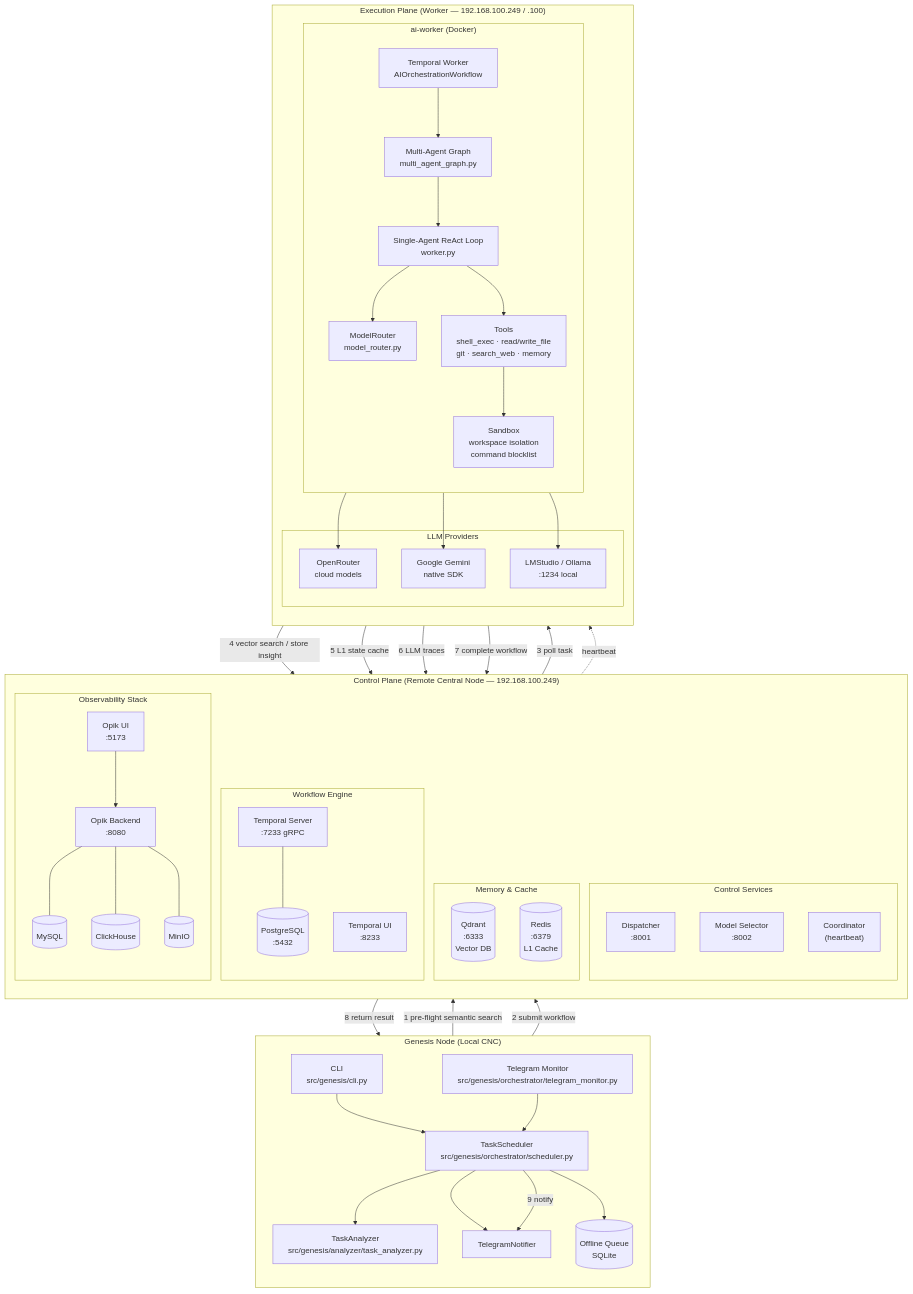
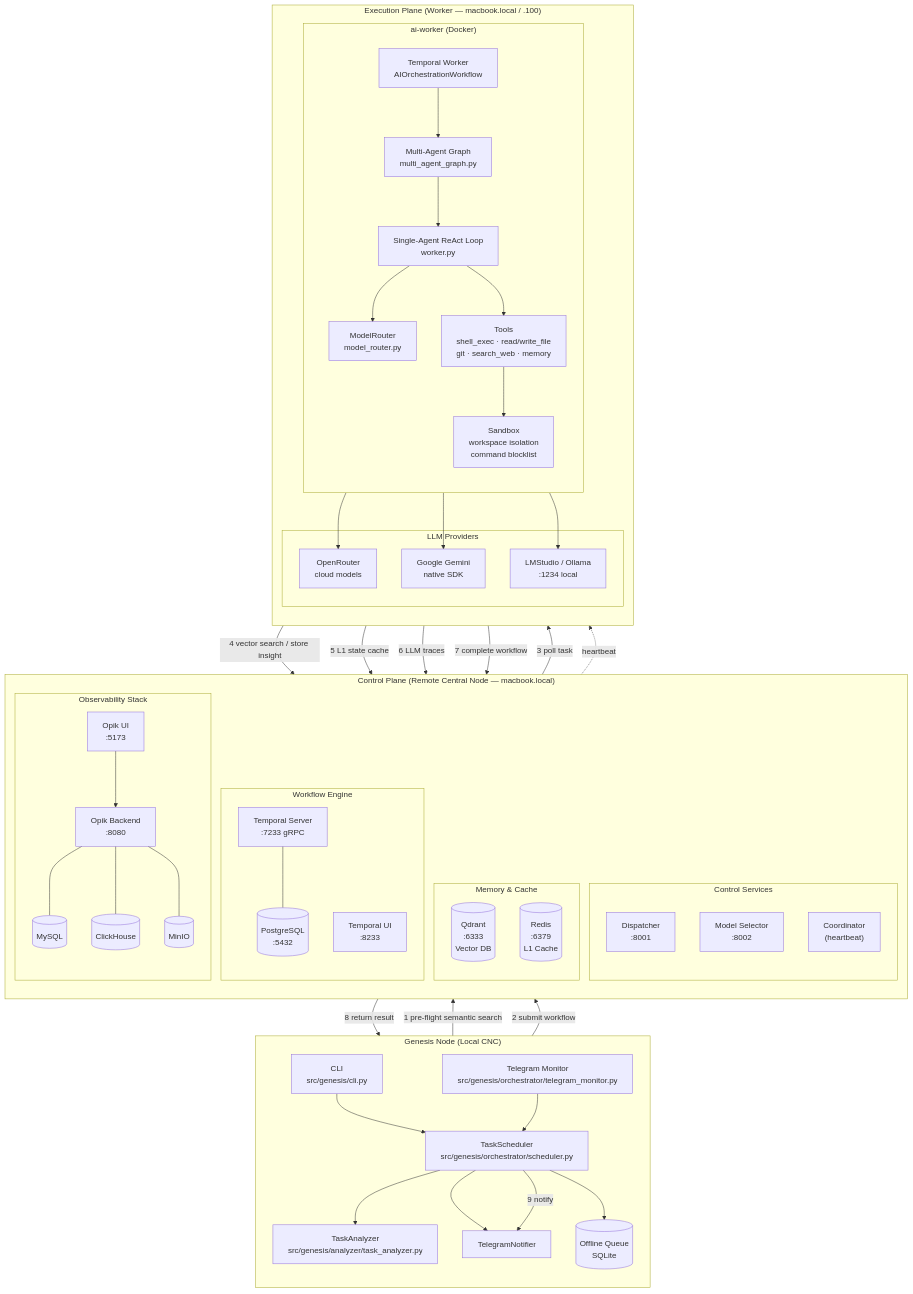
Before and after one commit to rinehardramos/ai-orchestrator-project: the first of 5 diagrams in ARCHITECTURE.md, drawn with Mermaid. The commit also changed 12 other files, not shown here.

First line of the commit message:
refactor: replace hardcoded IPs with macbook.local hostname

```diff
--- a/ARCHITECTURE.md
+++ b/ARCHITECTURE.md
@@ -28,9 +28,9 @@
     end
 
     %% ═══════════════════════════════════════════
-    %% CONTROL PLANE (192.168.100.249)
+    %% CONTROL PLANE (macbook.local)
     %% ═══════════════════════════════════════════
-    subgraph CP["Control Plane (Remote Central Node — 192.168.100.249)"]
+    subgraph CP["Control Plane (Remote Central Node — macbook.local)"]
         direction TB
 
         subgraph WF["Workflow Engine"]
@@ -67,7 +67,7 @@
     %% ═══════════════════════════════════════════
     %% EXECUTION PLANE (Worker Node)
     %% ═══════════════════════════════════════════
-    subgraph EP["Execution Plane (Worker — 192.168.100.249 / .100)"]
+    subgraph EP["Execution Plane (Worker — macbook.local / .100)"]
         direction TB
 
         subgraph WRK["ai-worker (Docker)"]
```
